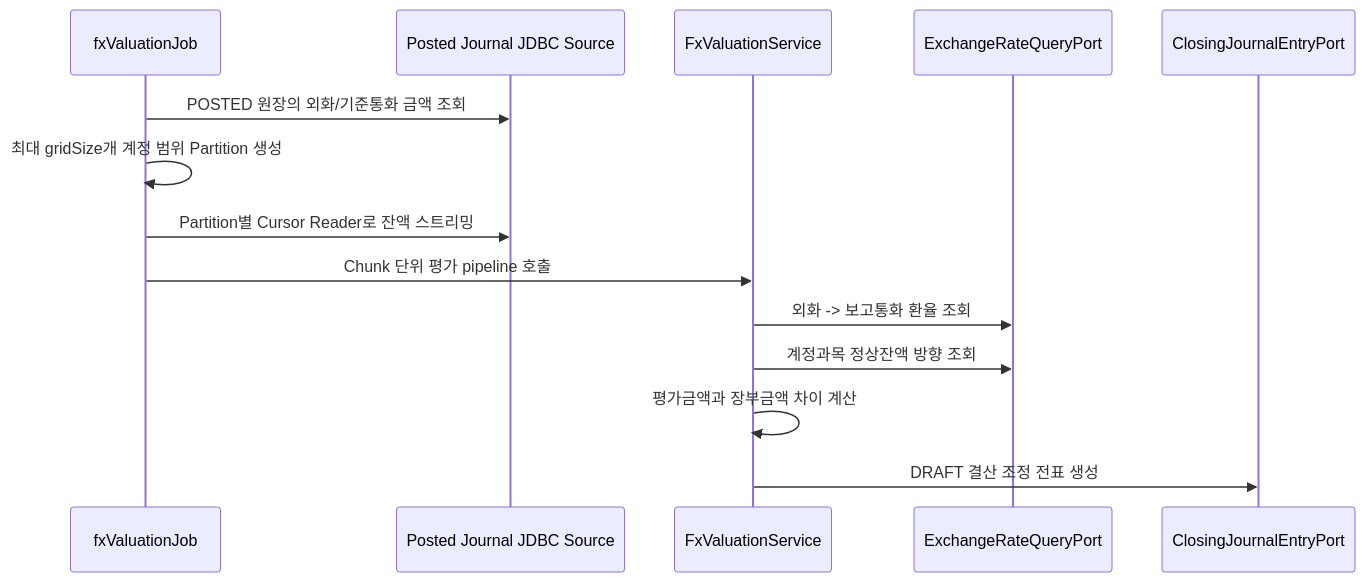
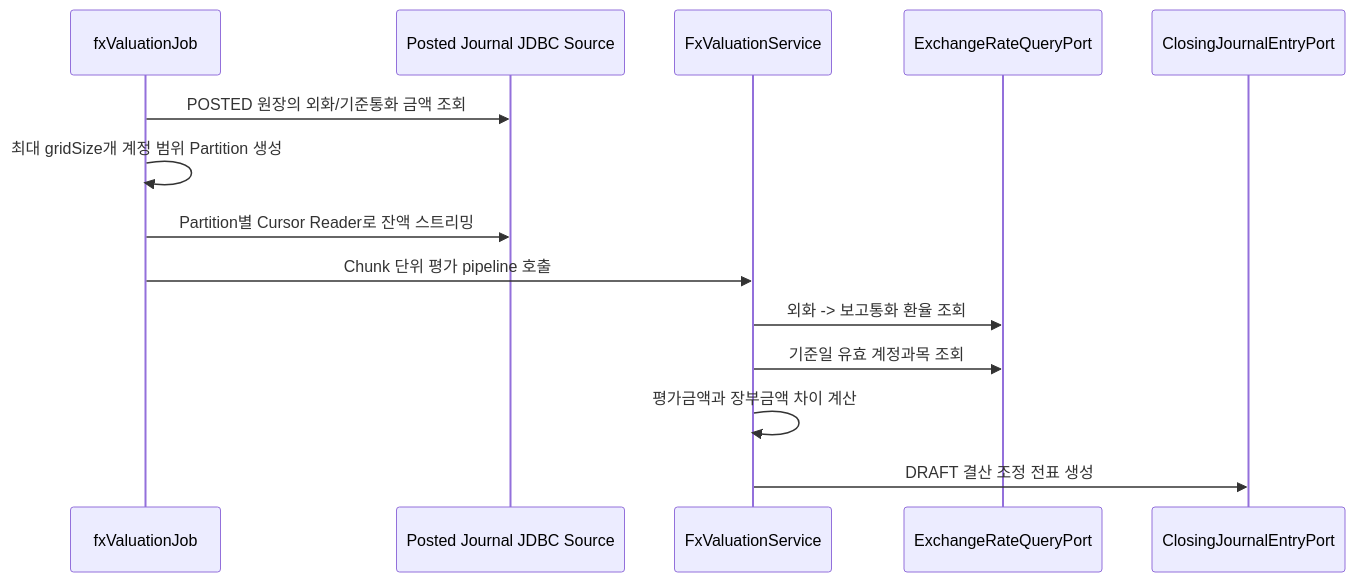
The fourth of 5 diagrams in closing/docs/process-flow.md (skyg547/account), drawn with Mermaid before and after one commit. The commit also changed other lines of this file and 10 other files, not shown here.

````diff
--- a/closing/docs/process-flow.md
+++ b/closing/docs/process-flow.md
@@ -182,17 +182,17 @@
 ```mermaid
 sequenceDiagram
     participant Job as fxValuationJob
     participant GL as Posted Journal JDBC Source
     participant FX as FxValuationService
     participant MD as ExchangeRateQueryPort
     participant JL as ClosingJournalEntryPort
 
     Job->>GL: POSTED 원장의 외화/기준통화 금액 조회
     Job->>Job: 최대 gridSize개 계정 범위 Partition 생성
     Job->>GL: Partition별 Cursor Reader로 잔액 스트리밍
     Job->>FX: Chunk 단위 평가 pipeline 호출
     FX->>MD: 외화 -> 보고통화 환율 조회
-    FX->>MD: 계정과목 정상잔액 방향 조회
+    FX->>MD: 기준일 유효 계정과목 조회
     FX->>FX: 평가금액과 장부금액 차이 계산
     FX->>JL: DRAFT 결산 조정 전표 생성
 ```
````
